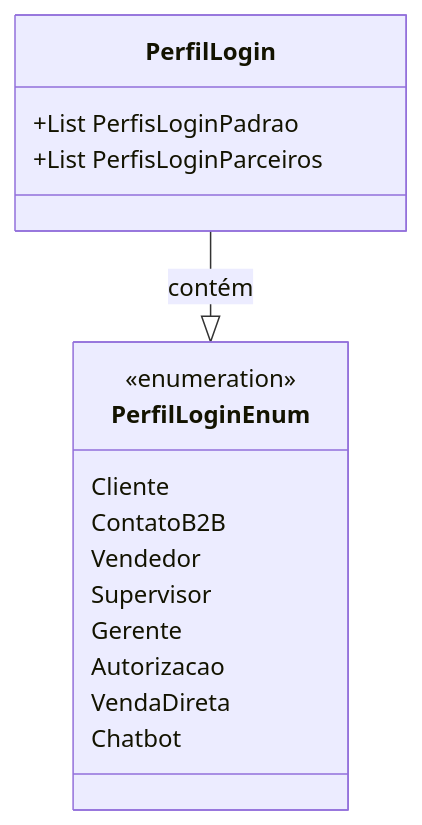
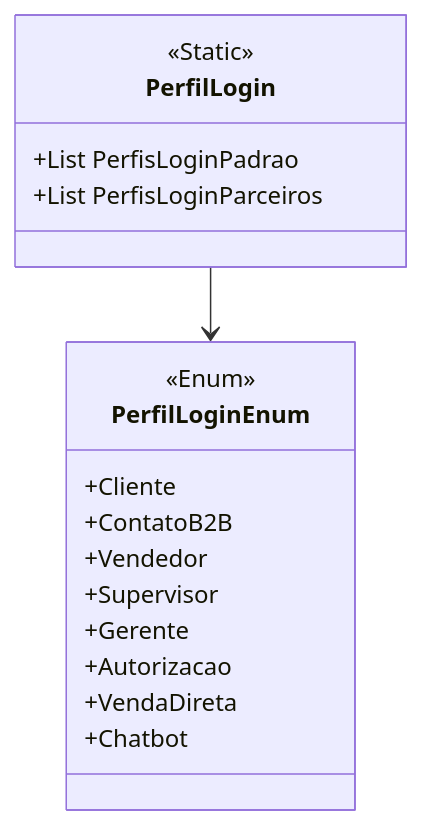
The diagram in docs/b2b-dominio/IsthmusWinthor.Nucleo/IsthmusWinthor.Dominio/Enumeradores/PerfilLoginEnum.md (IsthmusSistemas/documentacao-tecnica), drawn with Mermaid before and after one commit. The commit also changed other lines of this file and 882 other files, not shown here.

````diff
--- a/docs/b2b-dominio/IsthmusWinthor.Nucleo/IsthmusWinthor.Dominio/Enumeradores/PerfilLoginEnum.md
+++ b/docs/b2b-dominio/IsthmusWinthor.Nucleo/IsthmusWinthor.Dominio/Enumeradores/PerfilLoginEnum.md
@@ -39,20 +32,20 @@
 ```mermaid
 classDiagram
     class PerfilLogin {
+        <<Static>>
         +List<PerfilLoginEnum> PerfisLoginPadrao
         +List<PerfilLoginEnum> PerfisLoginParceiros
     }
     class PerfilLoginEnum {
-        <<enumeration>>
-        Cliente
-        ContatoB2B
-        Vendedor
-        Supervisor
-        Gerente
-        Autorizacao
-        VendaDireta
-        Chatbot
+        <<Enum>>
+        +Cliente
+        +ContatoB2B
+        +Vendedor
+        +Supervisor
+        +Gerente
+        +Autorizacao
+        +VendaDireta
+        +Chatbot
     }
-    
-    PerfilLogin --|> PerfilLoginEnum : contém
+    PerfilLogin --> PerfilLoginEnum
 ```
````
